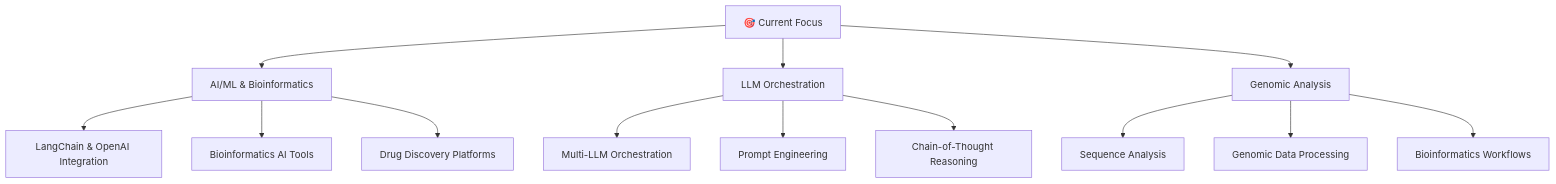
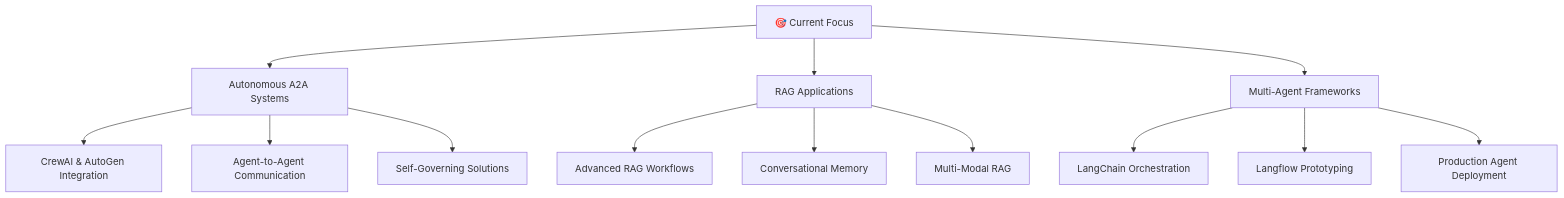
One commit to saurabhhhcodes/saurabhhhcodes changed the diagram in README.md. Above: the diagram before and after it, drawn with Mermaid. The commit also changed other lines of this file and 16 other files, not shown here.

````diff
--- a/README.md
+++ b/README.md
@@ -163,18 +185,18 @@
 ```mermaid
 graph TD
-    A[🎯 Current Focus] --> B[AI/ML & Bioinformatics]
-    A --> C[LLM Orchestration]
-    A --> D[Genomic Analysis]
+    A[🎯 Current Focus] --> B[Autonomous A2A Systems]
+    A --> C[RAG Applications]
+    A --> D[Multi-Agent Frameworks]
     
-    B --> E[LangChain & OpenAI Integration]
-    B --> F[Bioinformatics AI Tools]
-    B --> G[Drug Discovery Platforms]
+    B --> E[CrewAI & AutoGen Integration]
+    B --> F[Agent-to-Agent Communication]
+    B --> G[Self-Governing Solutions]
     
-    C --> H[Multi-LLM Orchestration]
-    C --> I[Prompt Engineering]
-    C --> J[Chain-of-Thought Reasoning]
+    C --> H[Advanced RAG Workflows]
+    C --> I[Conversational Memory]
+    C --> J[Multi-Modal RAG]
     
-    D --> K[Sequence Analysis]
-    D --> L[Genomic Data Processing]
-    D --> M[Bioinformatics Workflows]
+    D --> K[LangChain Orchestration]
+    D --> L[Langflow Prototyping]
+    D --> M[Production Agent Deployment]
 ```
````
